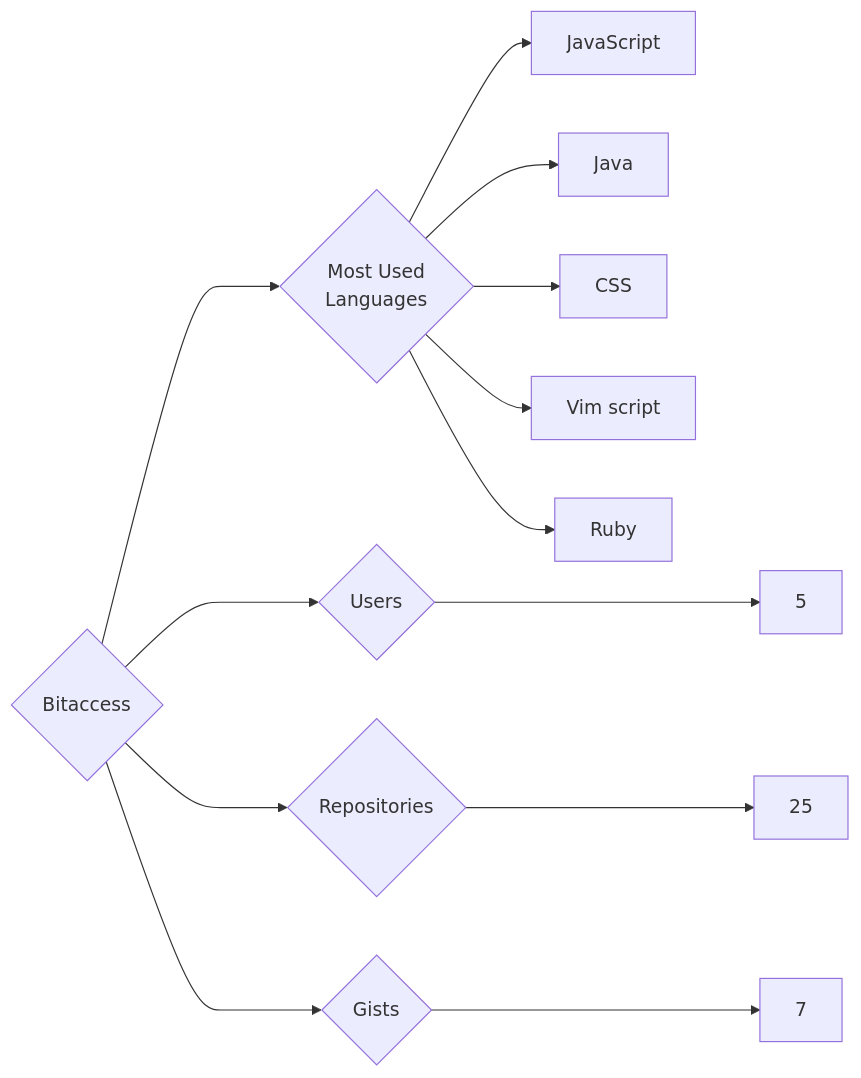
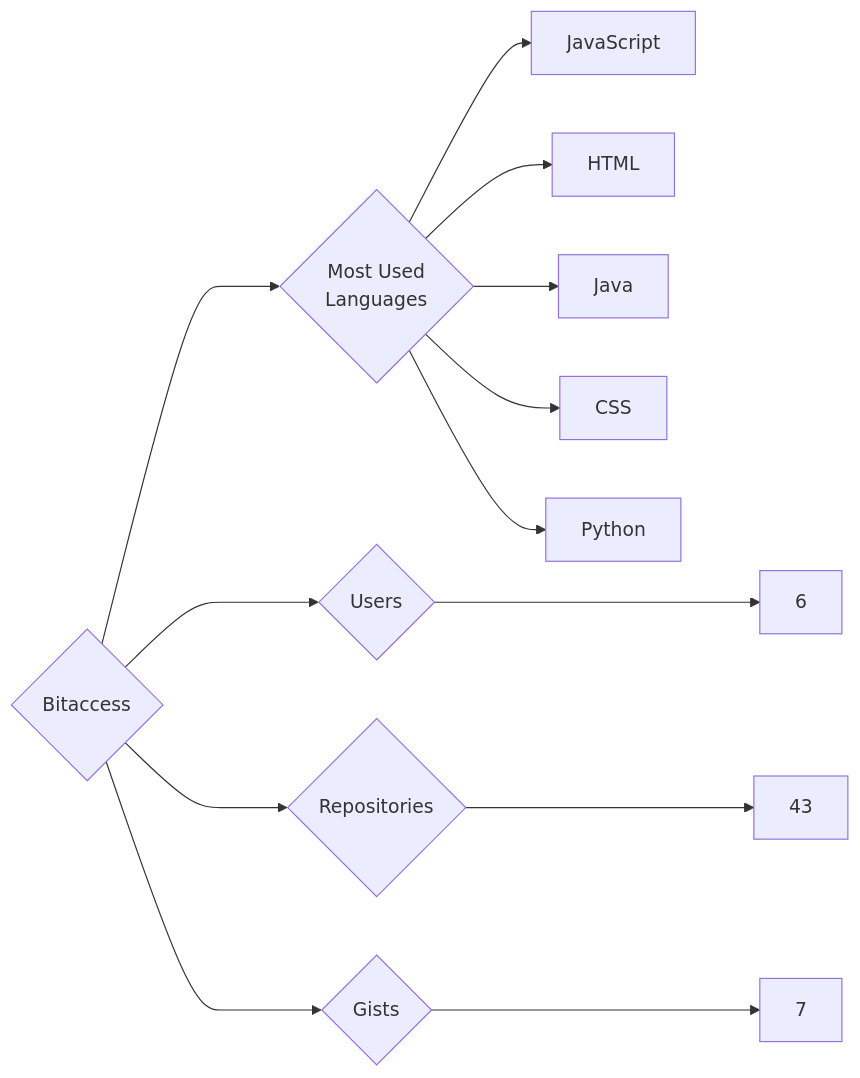
Before and after one commit to trickest/insiders: the diagram in targets/Bitaccess/README.md, drawn with Mermaid. The commit also changed 1084 other files, not shown here.

````diff
--- a/targets/Bitaccess/README.md
+++ b/targets/Bitaccess/README.md
@@ -3,13 +3,13 @@
 ```mermaid
 graph LR
 COMPANY_NAME{Bitaccess}
-COMPANY_NAME ---> U{Users} ---> UN[5]
-COMPANY_NAME ---> R{Repositories} ---> RN[25]
+COMPANY_NAME ---> U{Users} ---> UN[6]
+COMPANY_NAME ---> R{Repositories} ---> RN[43]
 COMPANY_NAME ---> G{Gists} ---> GN[7]
 COMPANY_NAME ---> ML{Most Used<br>Languages}
 ML --> JavaScript[JavaScript]
+ML --> HTML[HTML]
 ML --> Java[Java]
 ML --> CSS[CSS]
-ML --> Vim_script[Vim script]
-ML --> Ruby[Ruby]
+ML --> Python[Python]
 ```
````
